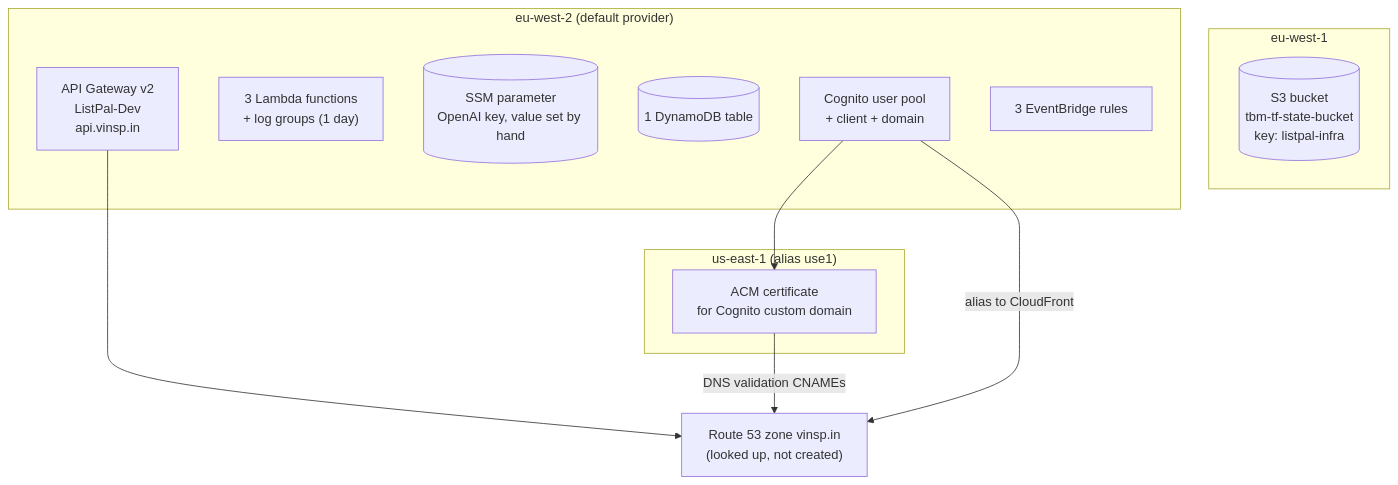
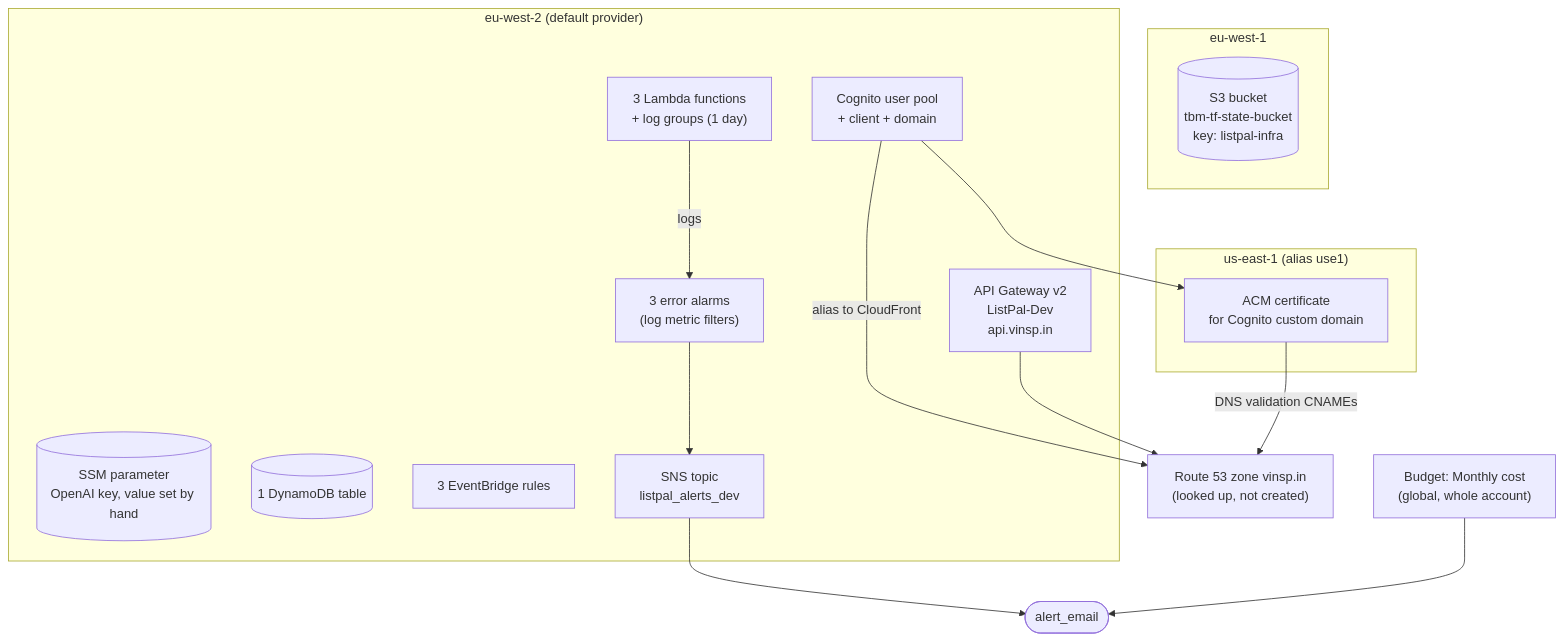
One commit to TomBenjaminMorris/listpal-backend changed the ninth of 11 diagrams in ARCHITECTURE.md. Above: the diagram before and after it, drawn with Mermaid. The commit also changed other lines of this file and 4 other files, not shown here.

````diff
--- a/ARCHITECTURE.md
+++ b/ARCHITECTURE.md
@@ -477,26 +478,34 @@
 ```mermaid
 flowchart TB
     subgraph euw1["eu-west-1"]
         STATE[("S3 bucket<br/>tbm-tf-state-bucket<br/>key: listpal-infra")]
     end
 
     subgraph euw2["eu-west-2 (default provider)"]
         APIGW["API Gateway v2<br/>ListPal-Dev<br/>api.vinsp.in"]
         L["3 Lambda functions<br/>+ log groups (1 day)"]
         SSMP[("SSM parameter<br/>OpenAI key, value set by hand")]
         DDB[("1 DynamoDB table")]
         COG["Cognito user pool<br/>+ client + domain"]
         EVB["3 EventBridge rules"]
+        ALARM["3 error alarms<br/>(log metric filters)"]
+        SNS["SNS topic<br/>listpal_alerts_dev"]
     end
 
     subgraph use1["us-east-1 (alias use1)"]
         ACM["ACM certificate<br/>for Cognito custom domain"]
     end
 
     R53["Route 53 zone vinsp.in<br/>(looked up, not created)"]
+    BUD["Budget: Monthly cost<br/>(global, whole account)"]
+    EMAIL(["alert_email"])
 
+    L -->|"logs"| ALARM
+    ALARM --> SNS
+    SNS --> EMAIL
+    BUD --> EMAIL
     COG --> ACM
     COG -->|"alias to CloudFront"| R53
     APIGW --> R53
     ACM -->|"DNS validation CNAMEs"| R53
 ```
````
